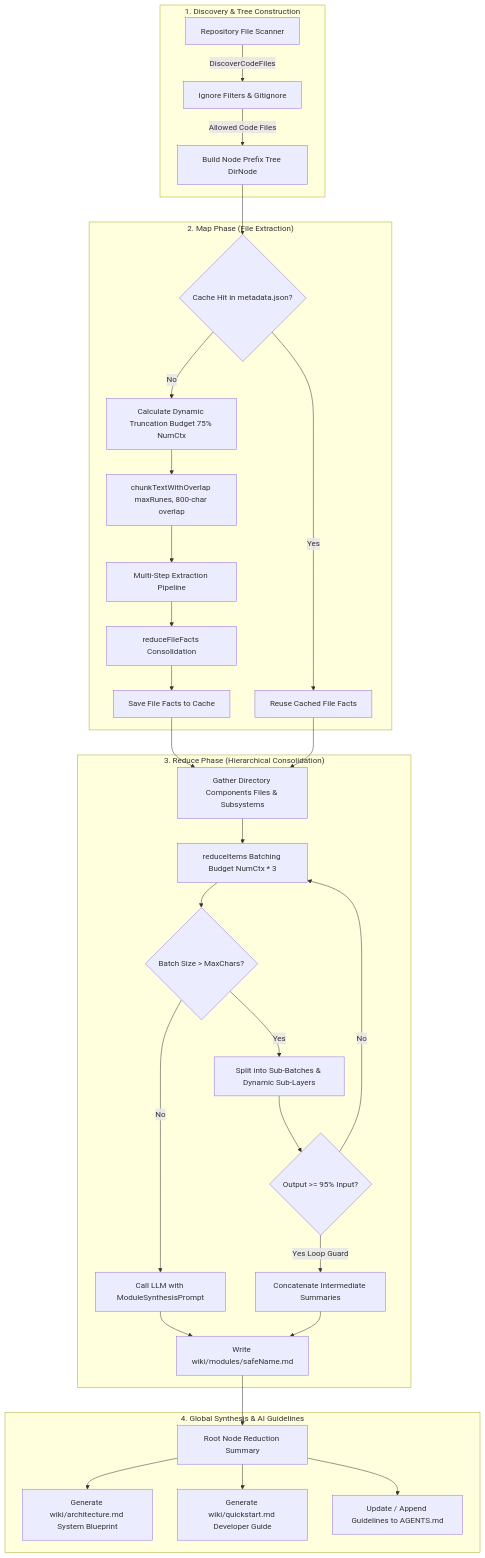
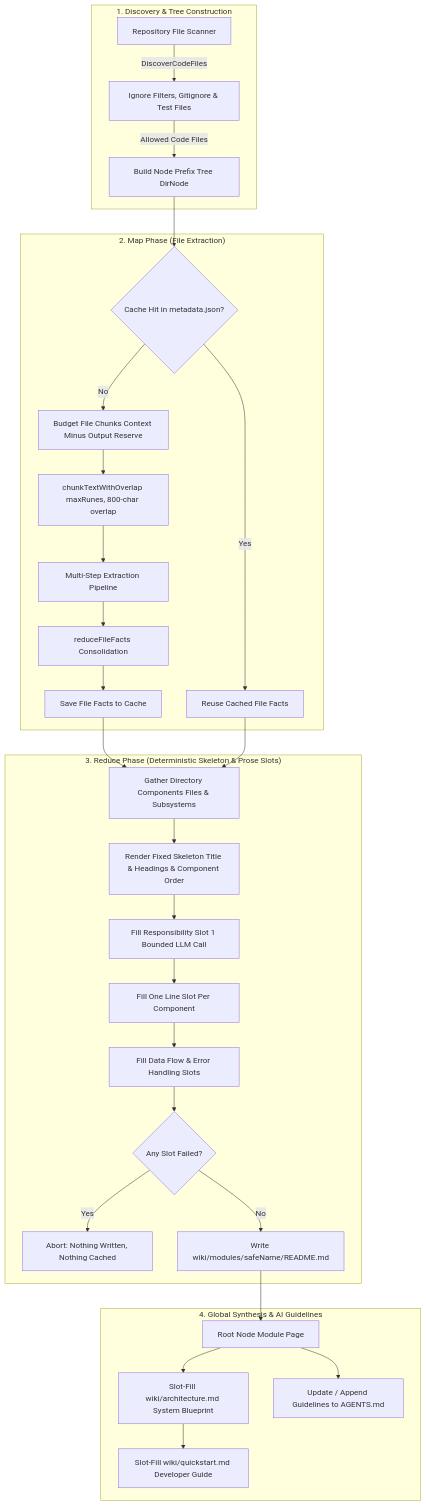
Before and after one commit to arrase/code-reducer: the diagram in docs/architecture.md, drawn with Mermaid. The commit also changed other lines of this file and 32 other files, not shown here.

````diff
--- a/docs/architecture.md
+++ b/docs/architecture.md
@@ -11,36 +11,35 @@
 ```mermaid
 flowchart TD
     subgraph Discovery ["1. Discovery & Tree Construction"]
-        A[Repository File Scanner] -->|DiscoverCodeFiles| B[Ignore Filters & Gitignore]
+        A[Repository File Scanner] -->|DiscoverCodeFiles| B[Ignore Filters, Gitignore & Test Files]
         B -->|Allowed Code Files| C[Build Node Prefix Tree DirNode]
     end
 
     subgraph MapPhase ["2. Map Phase (File Extraction)"]
         C --> D{Cache Hit in metadata.json?}
         D -- Yes --> E[Reuse Cached File Facts]
-        D -- No --> F[Calculate Dynamic Truncation Budget 75% NumCtx]
+        D -- No --> F[Budget File Chunks Context Minus Output Reserve]
         F --> G[chunkTextWithOverlap maxRunes, 800-char overlap]
         G --> H[Multi-Step Extraction Pipeline]
         H --> I[reduceFileFacts Consolidation]
         I --> J[Save File Facts to Cache]
     end
 
-    subgraph ReducePhase ["3. Reduce Phase (Hierarchical Consolidation)"]
+    subgraph ReducePhase ["3. Reduce Phase (Deterministic Skeleton & Prose Slots)"]
         J & E --> K[Gather Directory Components Files & Subsystems]
-        K --> L[reduceItems Batching Budget NumCtx * 3]
-        L --> M{Batch Size > MaxChars?}
-        M -- Yes --> N[Split into Sub-Batches & Dynamic Sub-Layers]
-        M -- No --> O[Call LLM with ModuleSynthesisPrompt]
-        N --> P{Output >= 95% Input?}
-        P -- Yes Loop Guard --> Q[Concatenate Intermediate Summaries]
-        P -- No --> L
-        O & Q --> R[Write wiki/modules/safeName.md]
+        K --> L[Render Fixed Skeleton Title & Headings & Component Order]
+        L --> M[Fill Responsibility Slot 1 Bounded LLM Call]
+        M --> N[Fill One Line Slot Per Component]
+        N --> O[Fill Data Flow & Error Handling Slots]
+        O --> P{Any Slot Failed?}
+        P -- Yes --> Q[Abort: Nothing Written, Nothing Cached]
+        P -- No --> R[Write wiki/modules/safeName/README.md]
     end
 
     subgraph SynthesisPhase ["4. Global Synthesis & AI Guidelines"]
-        R --> S[Root Node Reduction Summary]
-        S --> T[Generate wiki/architecture.md System Blueprint]
-        S --> U[Generate wiki/quickstart.md Developer Guide]
+        R --> S[Root Node Module Page]
+        S --> T[Slot-Fill wiki/architecture.md System Blueprint]
+        T --> U[Slot-Fill wiki/quickstart.md Developer Guide]
         S --> V[Update / Append Guidelines to AGENTS.md]
     end
 ```
````
